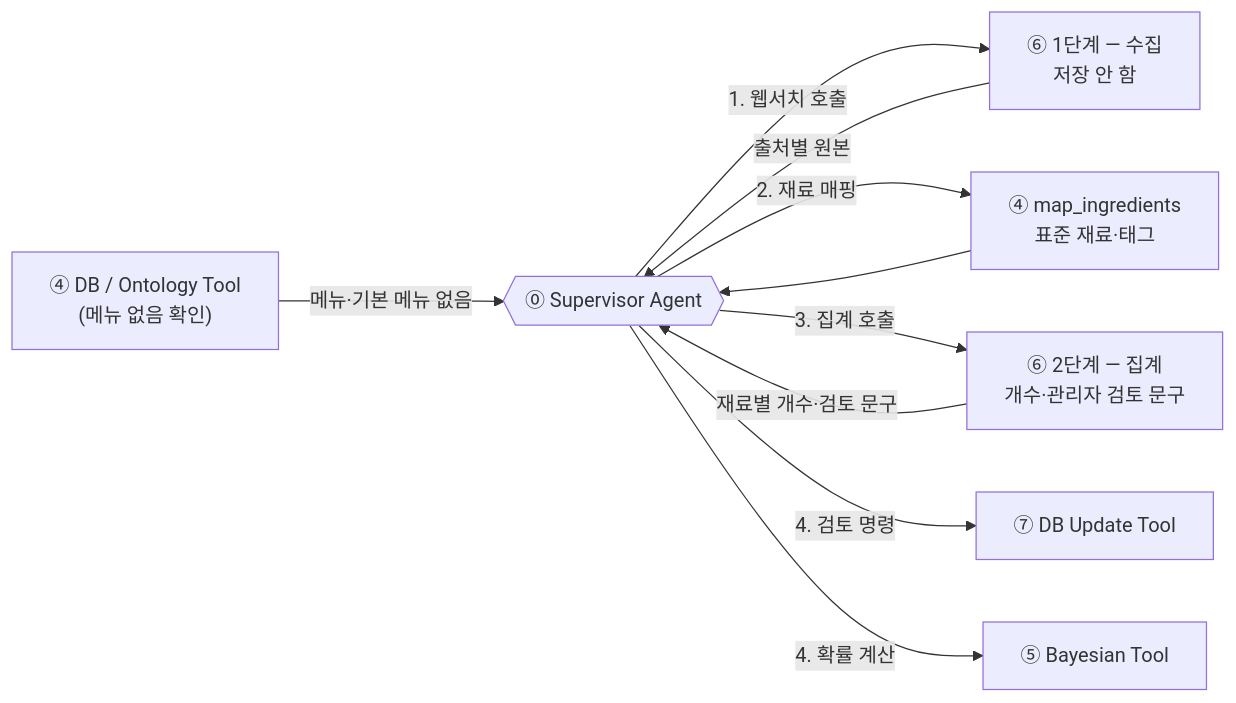
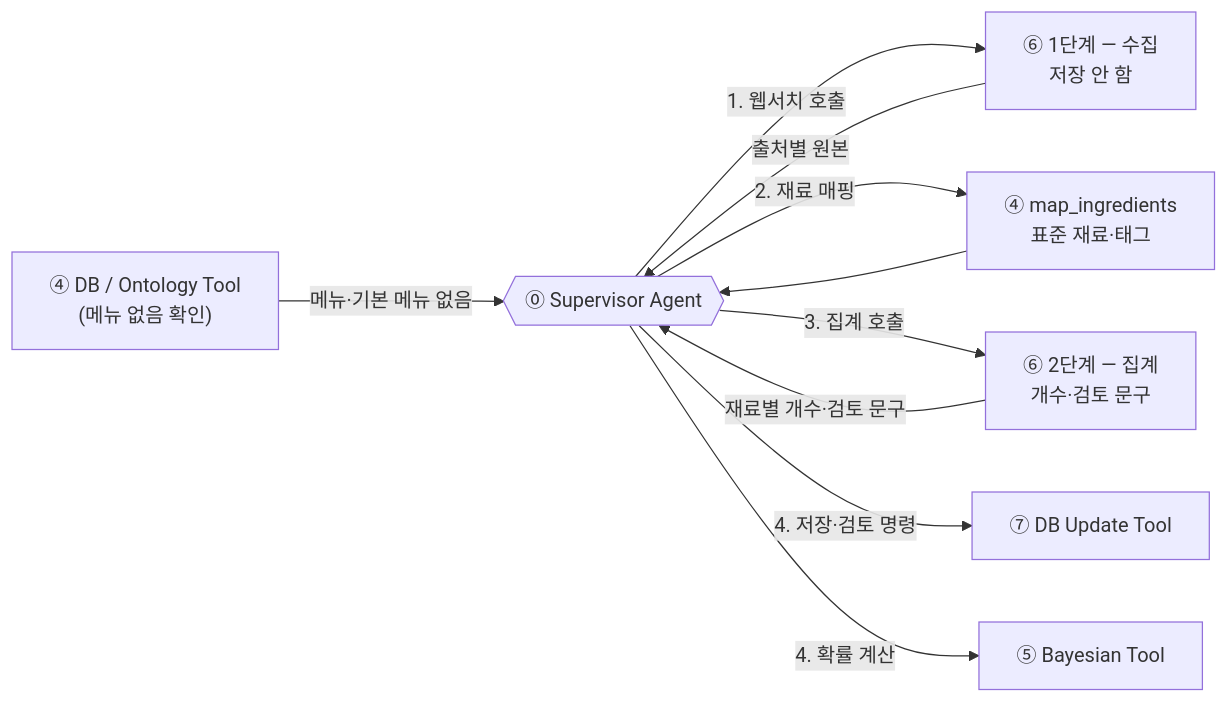
One commit to Han-Spoon/ai changed the first of 2 diagrams in docs/6-agent-websearch.md. Above: the diagram before and after it, drawn with Mermaid. The commit also changed other lines of this file and 1 other file, not shown here.

Commit message:
docs(websearch): align review flow with 10/26 meeting

````diff
--- a/docs/6-agent-websearch.md
+++ b/docs/6-agent-websearch.md
@@ -27,12 +27,12 @@
 ```mermaid
 graph LR
     ONTO["④ DB / Ontology Tool<br/>(메뉴 없음 확인)"] -->|"메뉴·기본 메뉴 없음"| SUP{{⓪ Supervisor Agent}}
     SUP -->|"1. 웹서치 호출"| WEB1["⑥ 1단계 — 수집<br/>저장 안 함"]
     WEB1 -->|"출처별 원본"| SUP
     SUP -->|"2. 재료 매핑"| MAP["④ map_ingredients<br/>표준 재료·태그"]
     MAP --> SUP
-    SUP -->|"3. 집계 호출"| WEB2["⑥ 2단계 — 집계<br/>개수·관리자 검토 문구"]
+    SUP -->|"3. 집계 호출"| WEB2["⑥ 2단계 — 집계<br/>개수·검토 문구"]
     WEB2 -->|"재료별 개수·검토 문구"| SUP
-    SUP -->|"4. 검토 명령"| DBUP["⑦ DB Update Tool"]
+    SUP -->|"4. 저장·검토 명령"| DBUP["⑦ DB Update Tool"]
     SUP -->|"4. 확률 계산"| BAYES["⑤ Bayesian Tool"]
 ```
````
